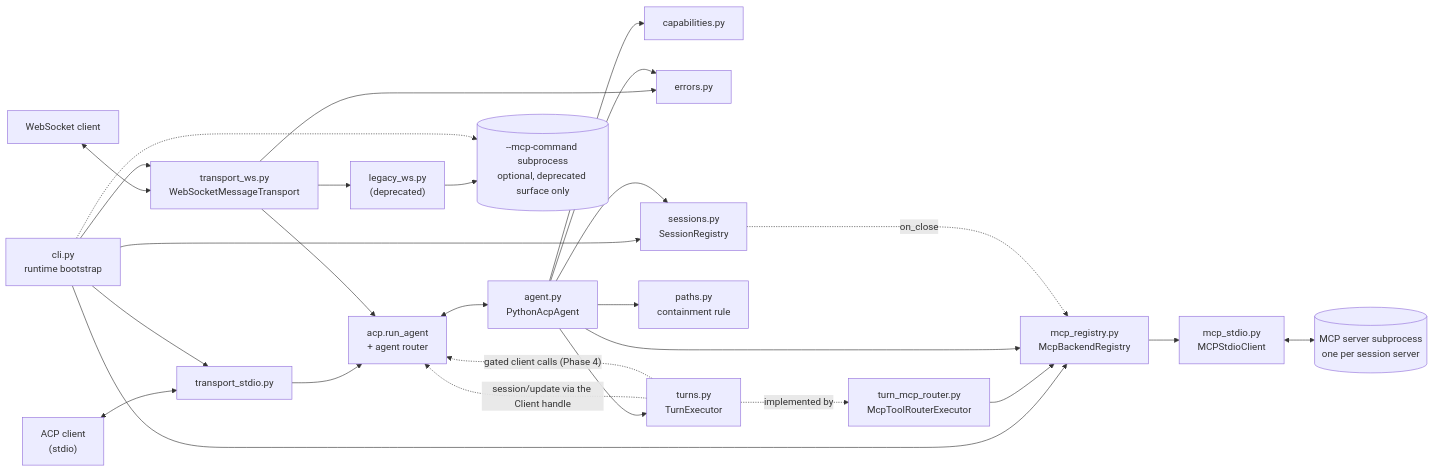
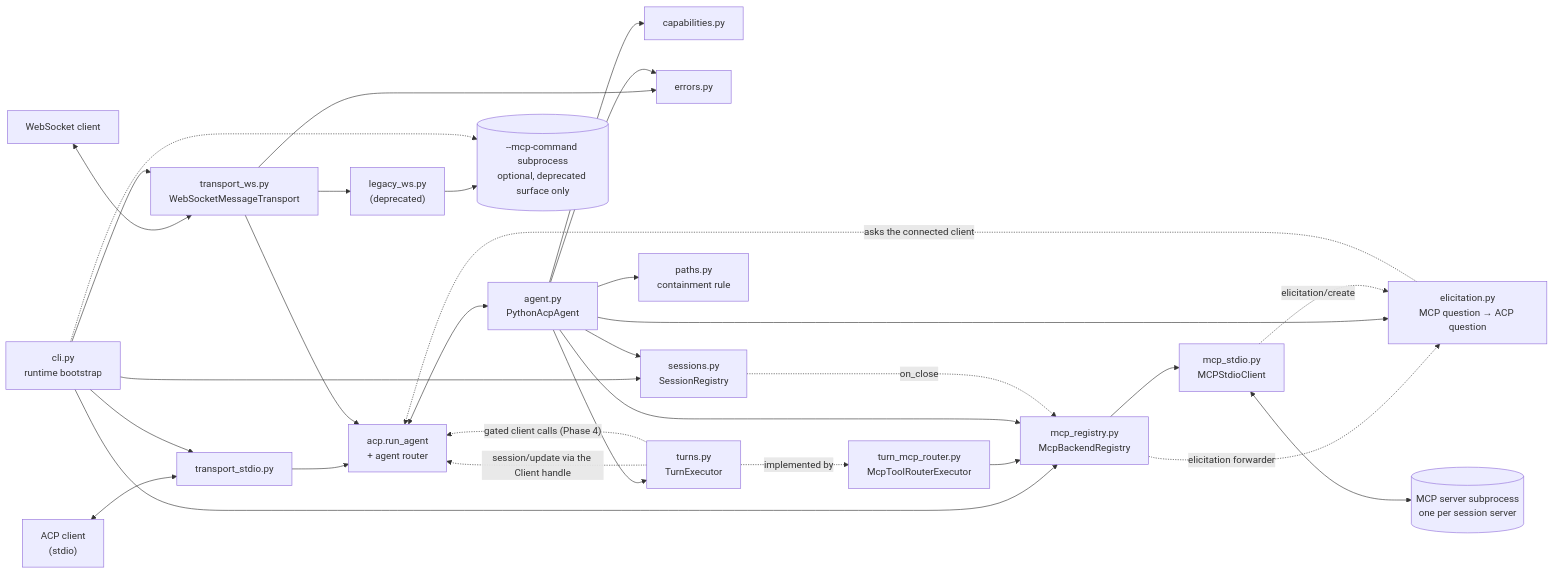
Before and after one commit to Digital-Dimentia/python-acp: the first of 8 diagrams in ARCHITECTURE.md, drawn with Mermaid. The commit also changed other lines of this file and 20 other files, not shown here.

First line of the commit message:
feat(elicitation): forward an MCP server's question to the ACP client

````diff
--- a/ARCHITECTURE.md
+++ b/ARCHITECTURE.md
@@ -25,48 +26,53 @@
 ```mermaid
 flowchart LR
     Editor["ACP client<br/>(stdio)"]
     WsClient["WebSocket client"]
     CLI["cli.py<br/>runtime bootstrap"]
     TStdio["transport_stdio.py"]
     TWs["transport_ws.py<br/>WebSocketMessageTransport"]
     Legacy["legacy_ws.py<br/>(deprecated)"]
     SDK["acp.run_agent<br/>+ agent router"]
     Agent["agent.py<br/>PythonAcpAgent"]
     Caps["capabilities.py"]
     Errors["errors.py"]
     Sessions["sessions.py<br/>SessionRegistry"]
     Paths["paths.py<br/>containment rule"]
     Turns["turns.py<br/>TurnExecutor"]
     Router["turn_mcp_router.py<br/>McpToolRouterExecutor"]
     Backends["mcp_registry.py<br/>McpBackendRegistry"]
+    Elicit["elicitation.py<br/>MCP question &rarr; ACP question"]
     MCPClient["mcp_stdio.py<br/>MCPStdioClient"]
     MCPProc[("MCP server subprocess<br/>one per session server")]
     StartupProc[("--mcp-command subprocess<br/>optional, deprecated surface only")]
 
     Editor <--> TStdio
     WsClient <--> TWs
     CLI --> TStdio
     CLI --> TWs
     CLI --> Sessions
     CLI --> Backends
     TStdio --> SDK
     TWs --> SDK
     TWs --> Legacy
     TWs --> Errors
     SDK <--> Agent
     Agent --> Caps
     Agent --> Errors
     Agent --> Sessions
     Agent --> Paths
     Agent --> Turns
     Turns -.implemented by.-> Router
     Router --> Backends
     Agent --> Backends
     Sessions -. "on_close" .-> Backends
     Turns -. "session/update via the Client handle" .-> SDK
     Turns -. "gated client calls (Phase 4)" .-> SDK
     Backends --> MCPClient
+    Backends -. "elicitation forwarder" .-> Elicit
+    Agent --> Elicit
+    MCPClient -. "elicitation/create" .-> Elicit
+    Elicit -. "asks the connected client" .-> SDK
     MCPClient <--> MCPProc
     Legacy --> StartupProc
     CLI -.-> StartupProc
 ```
````
